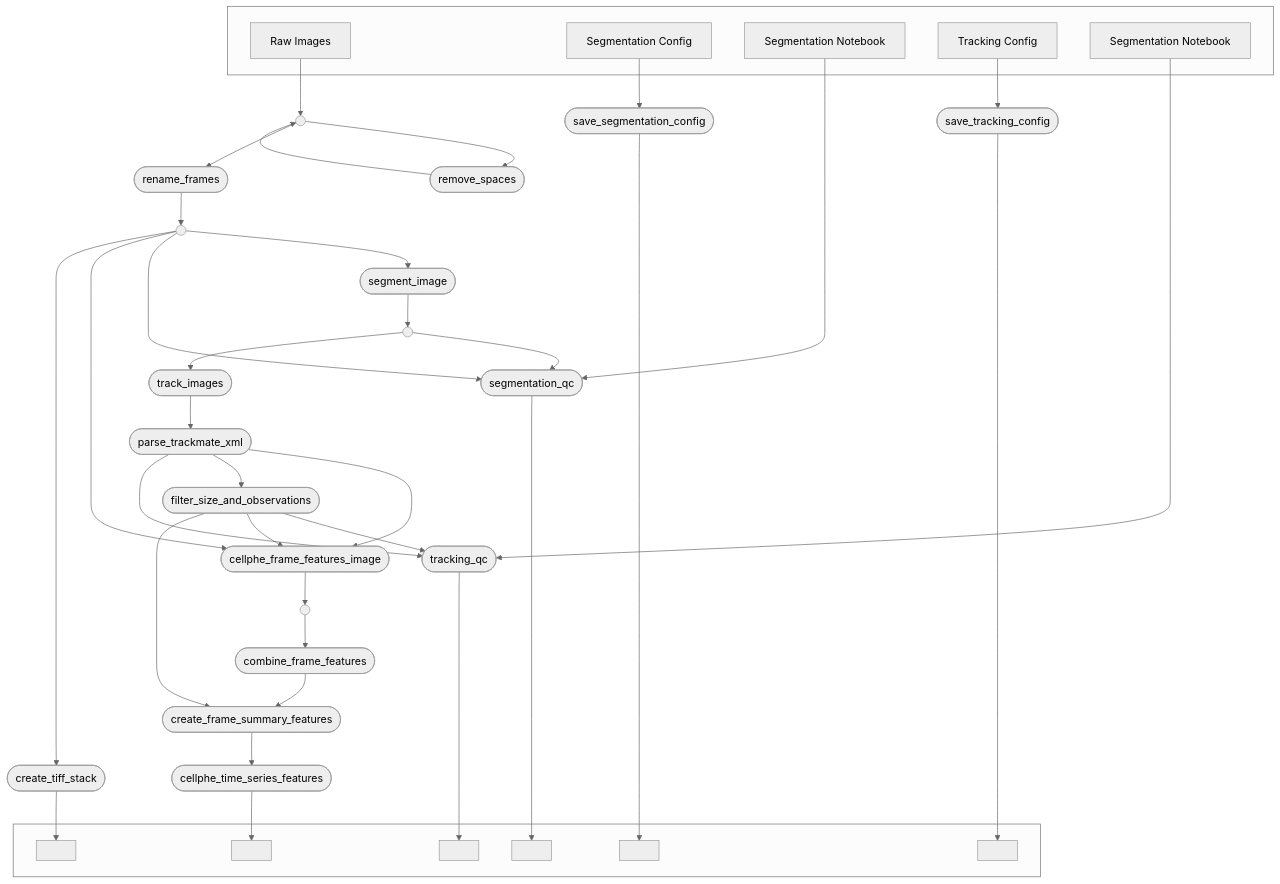
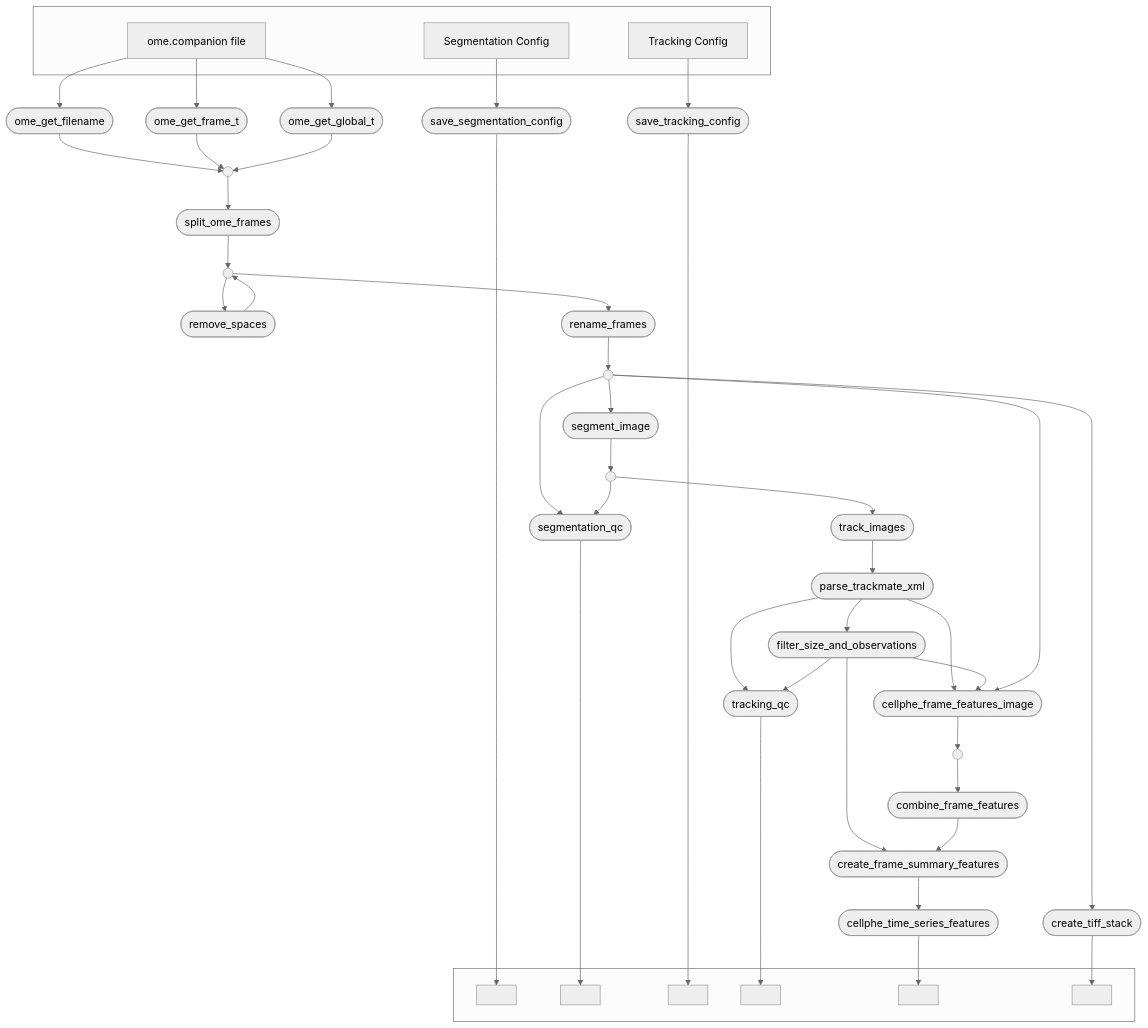
One commit to uoy-research/CellPhe-data-pipeline changed the first of 2 diagrams in README.md. Above: the diagram before and after it, drawn with Mermaid (neutral theme).

Commit message:
Using ome.companion dataset as input for flowchart

````diff
--- a/README.md
+++ b/README.md
@@ -12,70 +12,78 @@
 ```mermaid
 flowchart TB
     subgraph " "
-    v0["Raw Images"]
-    v7["Segmentation Config"]
-    v13["Segmentation Notebook"]
-    v16["Tracking Config"]
-    v22["Segmentation Notebook"]
+    v0["ome.companion file"]
+    v22["Segmentation Config"]
+    v31["Tracking Config"]
     end
-    v2([remove_spaces])
-    v5([rename_frames])
-    v8([save_segmentation_config])
+    v1([ome_get_filename])
+    v6([ome_get_frame_t])
+    v10([ome_get_global_t])
+    v15([split_ome_frames])
+    v17([remove_spaces])
+    v20([rename_frames])
+    v23([save_segmentation_config])
     subgraph " "
-    v9[" "]
-    v15[" "]
-    v18[" "]
     v24[" "]
     v30[" "]
     v33[" "]
+    v39[" "]
+    v45[" "]
+    v48[" "]
     end
-    v10([segment_image])
-    v14([segmentation_qc])
-    v17([save_tracking_config])
-    v19([track_images])
-    v20([parse_trackmate_xml])
-    v21([filter_size_and_observations])
-    v23([tracking_qc])
-    v25([cellphe_frame_features_image])
-    v27([combine_frame_features])
-    v28([create_frame_summary_features])
-    v29([cellphe_time_series_features])
-    v32([create_tiff_stack])
-    v1(( ))
-    v6(( ))
-    v11(( ))
+    v25([segment_image])
+    v29([segmentation_qc])
+    v32([save_tracking_config])
+    v34([track_images])
+    v35([parse_trackmate_xml])
+    v36([filter_size_and_observations])
+    v38([tracking_qc])
+    v40([cellphe_frame_features_image])
+    v42([combine_frame_features])
+    v43([create_frame_summary_features])
+    v44([cellphe_time_series_features])
+    v47([create_tiff_stack])
+    v2(( ))
+    v16(( ))
+    v21(( ))
     v26(( ))
+    v41(( ))
     v0 --> v1
     v1 --> v2
-    v2 --> v1
-    v1 --> v5
-    v5 --> v6
-    v7 --> v8
-    v8 --> v9
-    v6 --> v10
-    v10 --> v11
-    v13 --> v14
-    v6 --> v14
-    v11 --> v14
-    v14 --> v15
+    v0 --> v6
+    v6 --> v2
+    v0 --> v10
+    v10 --> v2
+    v2 --> v15
+    v15 --> v16
     v16 --> v17
-    v17 --> v18
-    v11 --> v19
-    v19 --> v20
-    v20 --> v25
+    v17 --> v16
+    v16 --> v20
     v20 --> v21
-    v20 --> v23
-    v21 --> v23
-    v21 --> v25
-    v21 --> v28
     v22 --> v23
     v23 --> v24
-    v6 --> v25
+    v21 --> v25
     v25 --> v26
-    v26 --> v27
-    v27 --> v28
-    v28 --> v29
+    v21 --> v29
+    v26 --> v29
     v29 --> v30
-    v6 --> v32
+    v31 --> v32
     v32 --> v33
+    v26 --> v34
+    v34 --> v35
+    v35 --> v40
+    v35 --> v36
+    v35 --> v38
+    v36 --> v38
+    v36 --> v40
+    v36 --> v43
+    v38 --> v39
+    v21 --> v40
+    v40 --> v41
+    v41 --> v42
+    v42 --> v43
+    v43 --> v44
+    v44 --> v45
+    v21 --> v47
+    v47 --> v48
 ```
````
